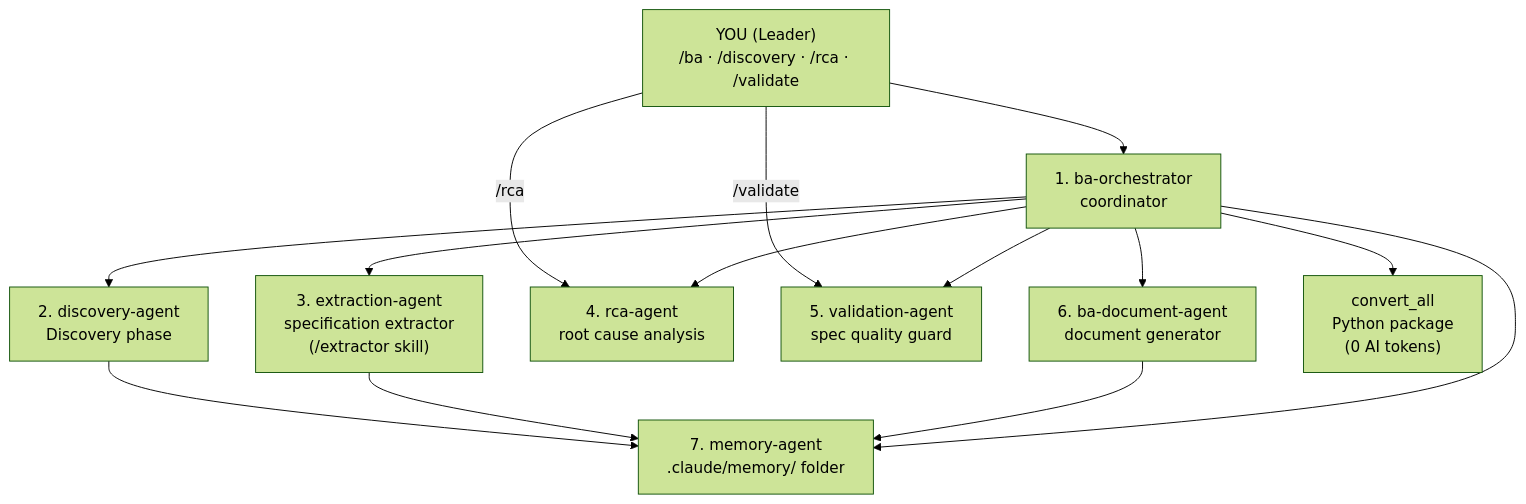
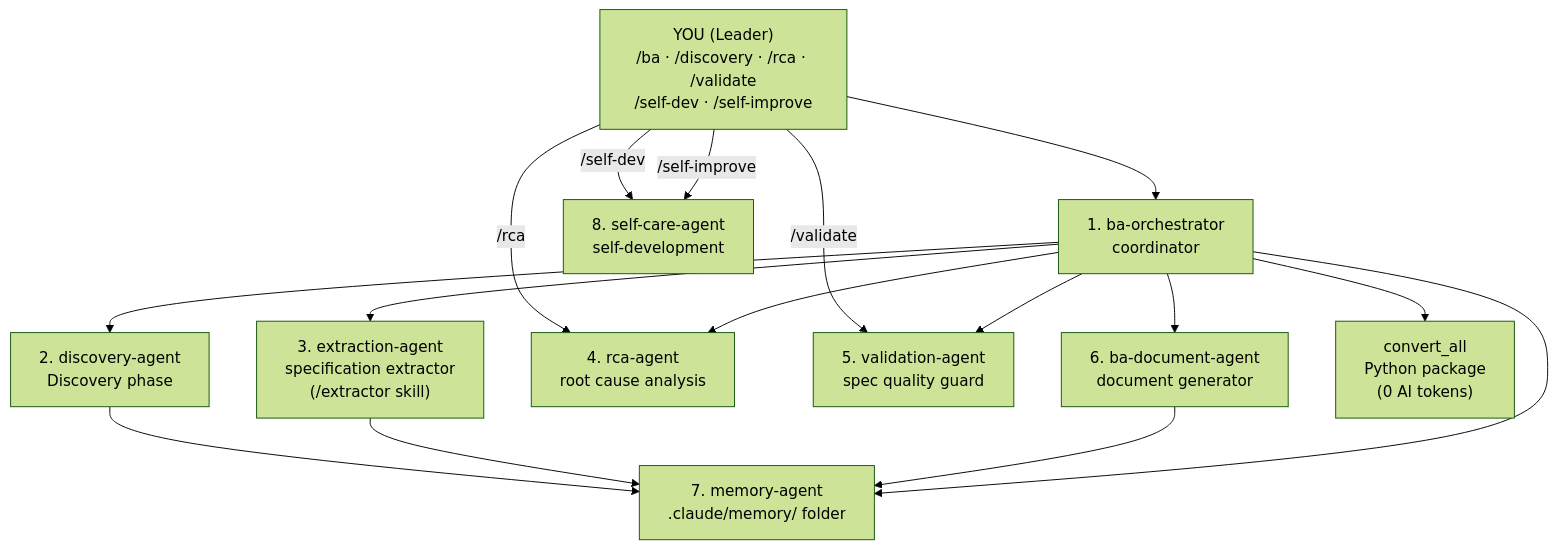
The diagram in page/HANDBOOK/ch02-ai-team.en.md (exphoenee/ba-team-docs), drawn with Mermaid (forest theme) before and after one commit. The commit also changed other lines of this file and 3 other files, not shown here.

````diff
--- a/page/HANDBOOK/ch02-ai-team.en.md
+++ b/page/HANDBOOK/ch02-ai-team.en.md
@@ -5,26 +5,29 @@
 ```mermaid
 flowchart TD
-    User["YOU (Leader)\n/ba · /discovery · /rca · /validate"]
+    User["YOU (Leader)\n/ba · /discovery · /rca · /validate\n/self-dev · /self-improve"]
     Orchestrator["1. ba-orchestrator\ncoordinator"]
     Discovery["2. discovery-agent\nDiscovery phase"]
     SpecBuilder["3. extraction-agent\nspecification extractor\n(/extractor skill)"]
     RCA["4. rca-agent\nroot cause analysis"]
     Validation["5. validation-agent\nspec quality guard"]
     BADoc["6. ba-document-agent\ndocument generator"]
     ConvertPkg["convert_all\nPython package\n(0 AI tokens)"]
     MemoryAgent["7. memory-agent\n.claude/memory/ folder"]
+    SelfCare["8. self-care-agent\nself-development"]
 
     User --> Orchestrator
     User -->|"/rca"| RCA
     User -->|"/validate"| Validation
+    User -->|"/self-dev"| SelfCare
+    User -->|"/self-improve"| SelfCare
     Orchestrator --> Discovery
     Orchestrator --> SpecBuilder
     Orchestrator --> RCA
     Orchestrator --> Validation
     Orchestrator --> BADoc
     Orchestrator --> ConvertPkg
     Discovery --> MemoryAgent
     SpecBuilder --> MemoryAgent
     BADoc --> MemoryAgent
     Orchestrator --> MemoryAgent
 ```
````
